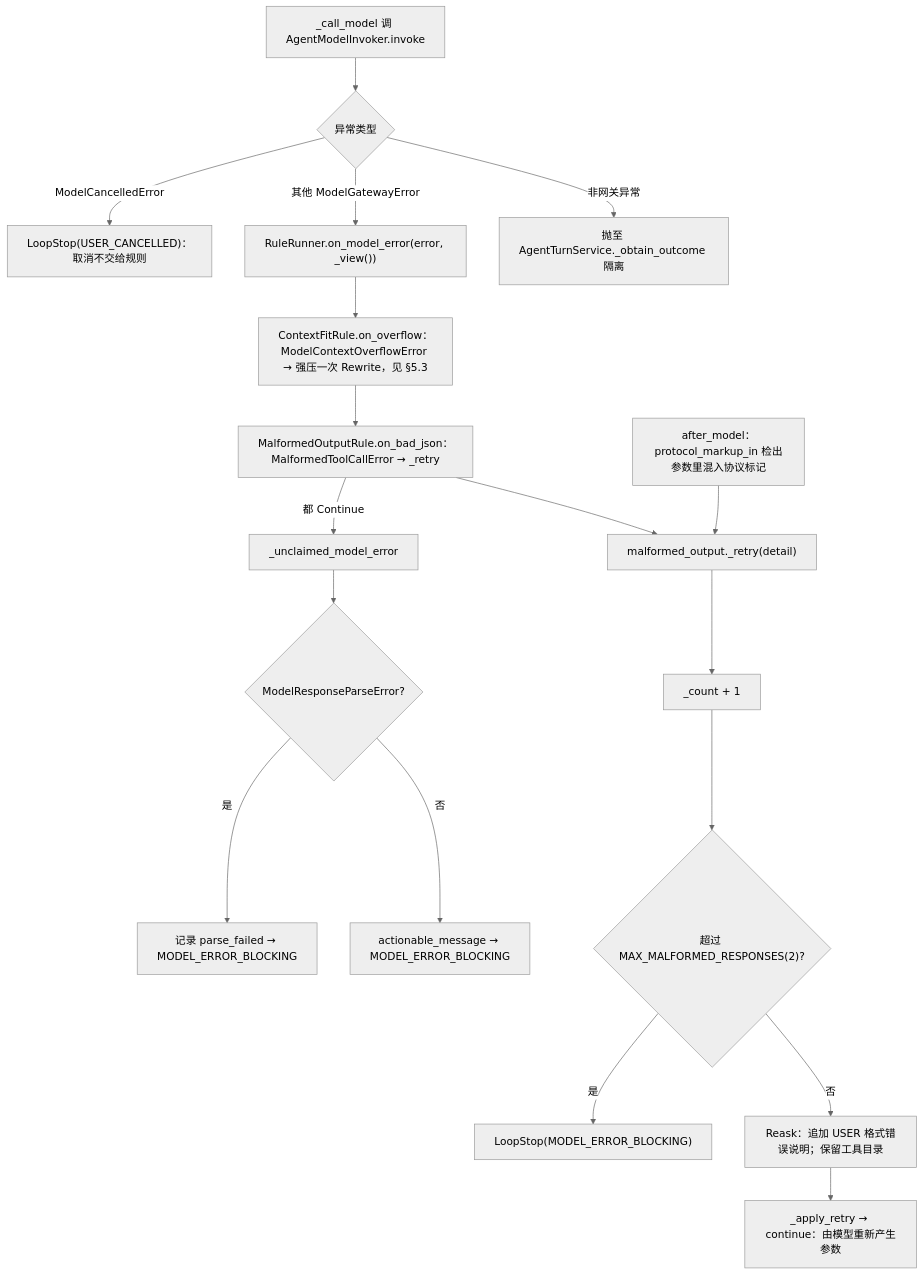
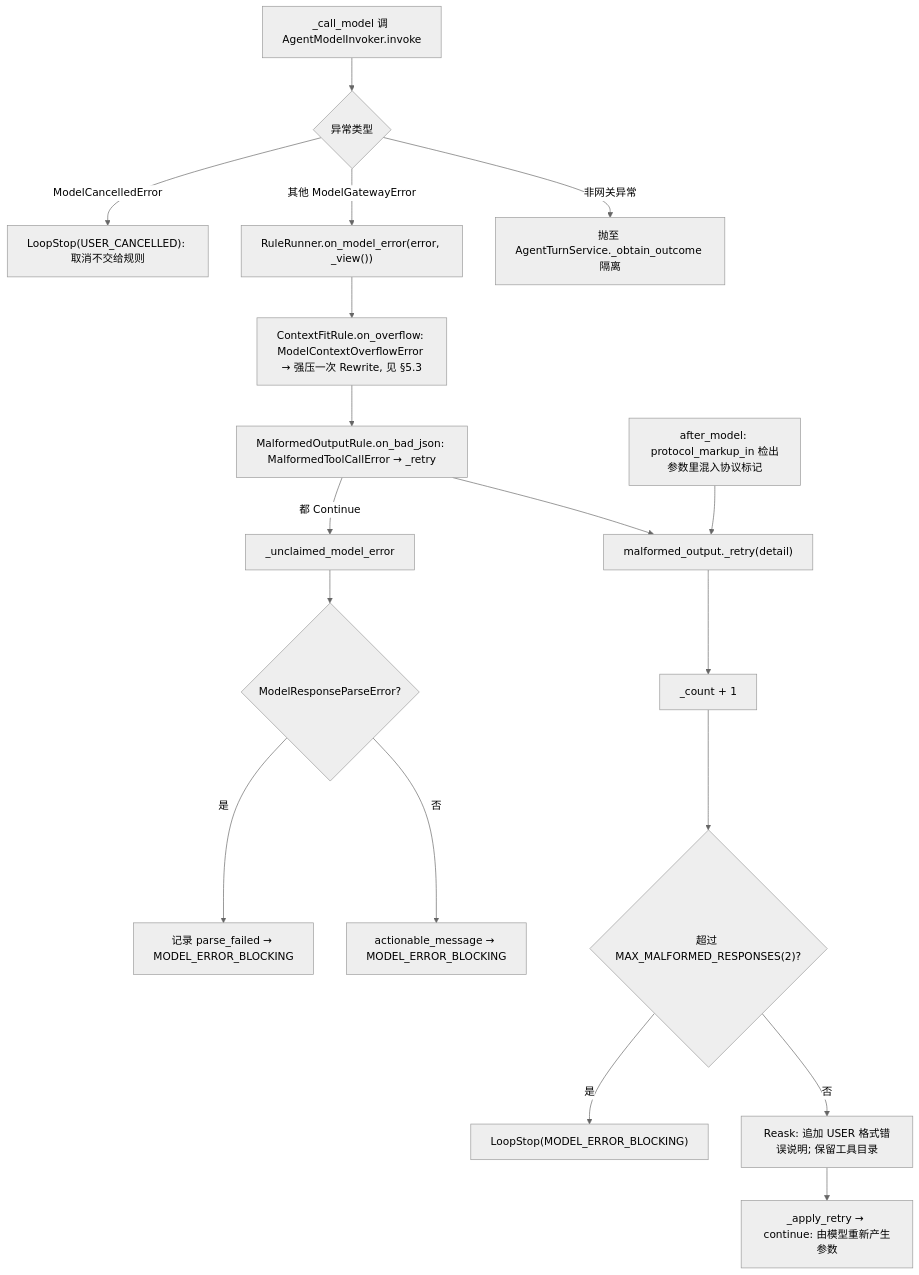
Before and after one commit to qubaolai/ForgeCLI: diagram 13 of 50 in docs/06-代码阅读线路.md, drawn with Mermaid (neutral theme). The commit also changed other lines of this file and 292 other files, not shown here.

````diff
--- a/docs/06-代码阅读线路.md
+++ b/docs/06-代码阅读线路.md
@@ -589,20 +619,20 @@
 ```mermaid
 flowchart TD
     A["_call_model 调 AgentModelInvoker.invoke"] --> B{"异常类型"}
-    B -->|ModelCancelledError| C["LoopStop(USER_CANCELLED)：取消不交给规则"]
+    B -->|ModelCancelledError| C["LoopStop(USER_CANCELLED): 取消不交给规则"]
     B -->|其他 ModelGatewayError| D["RuleRunner.on_model_error(error, _view())"]
-    D --> D1["ContextFitRule.on_overflow：ModelContextOverflowError → 强压一次 Rewrite，见 §5.3"]
-    D1 --> D2["MalformedOutputRule.on_bad_json：MalformedToolCallError → _retry"]
+    D --> D1["ContextFitRule.on_overflow: ModelContextOverflowError → 强压一次 Rewrite, 见 §5.3"]
+    D1 --> D2["MalformedOutputRule.on_bad_json: MalformedToolCallError → _retry"]
     D2 -->|都 Continue| E["_unclaimed_model_error"]
     E --> E1{"ModelResponseParseError?"}
     E1 -->|是| F["记录 parse_failed → MODEL_ERROR_BLOCKING"]
     E1 -->|否| G["actionable_message → MODEL_ERROR_BLOCKING"]
     B -->|非网关异常| H["抛至 AgentTurnService._obtain_outcome 隔离"]
-    I["after_model：protocol_markup_in 检出参数里混入协议标记"] --> J["malformed_output._retry(detail)"]
+    I["after_model: protocol_markup_in 检出参数里混入协议标记"] --> J["malformed_output._retry(detail)"]
     D2 --> J
     J --> K["_count + 1"]
     K --> L{"超过 MAX_MALFORMED_RESPONSES(2)?"}
     L -->|是| M["LoopStop(MODEL_ERROR_BLOCKING)"]
-    L -->|否| N["Reask：追加 USER 格式错误说明；保留工具目录"]
-    N --> O["_apply_retry → continue：由模型重新产生参数"]
+    L -->|否| N["Reask: 追加 USER 格式错误说明; 保留工具目录"]
+    N --> O["_apply_retry → continue: 由模型重新产生参数"]
 ```
````
